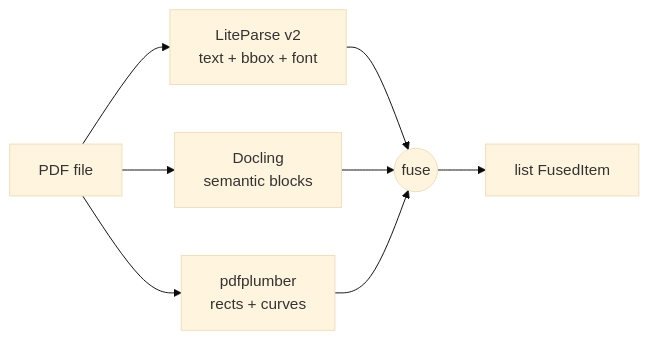
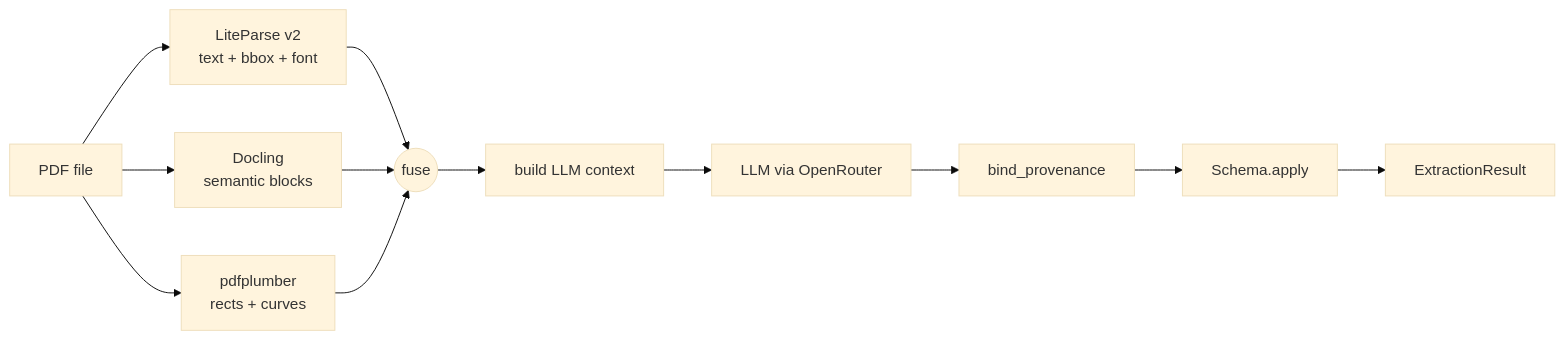
One commit to MrGo2/docomestria changed the diagram in README.md. Above: the diagram before and after it, drawn with Mermaid (base theme). The commit also changed other lines of this file and 26 other files, not shown here.

Commit message:
feat: Pipeline orchestrator with OpenRouter as default provider (v0.4.0)

````diff
--- a/README.md
+++ b/README.md
@@ -107,10 +130,14 @@
 ```mermaid
 flowchart LR
     PDF[PDF file] --> LP[LiteParse v2<br/>text + bbox + font]
     PDF --> DL[Docling<br/>semantic blocks]
     PDF --> PP[pdfplumber<br/>rects + curves]
     LP --> F((fuse))
     DL --> F
     PP --> F
-    F --> R[list FusedItem]
+    F --> CTX[build LLM context]
+    CTX --> LLM[LLM via OpenRouter]
+    LLM --> BIND[bind_provenance]
+    BIND --> SC[Schema.apply]
+    SC --> ER[ExtractionResult]
 ```
````
